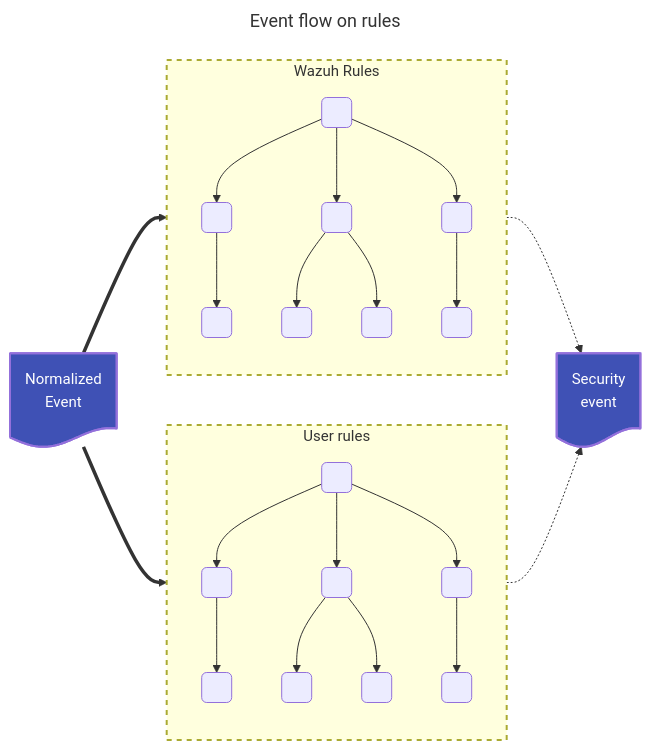
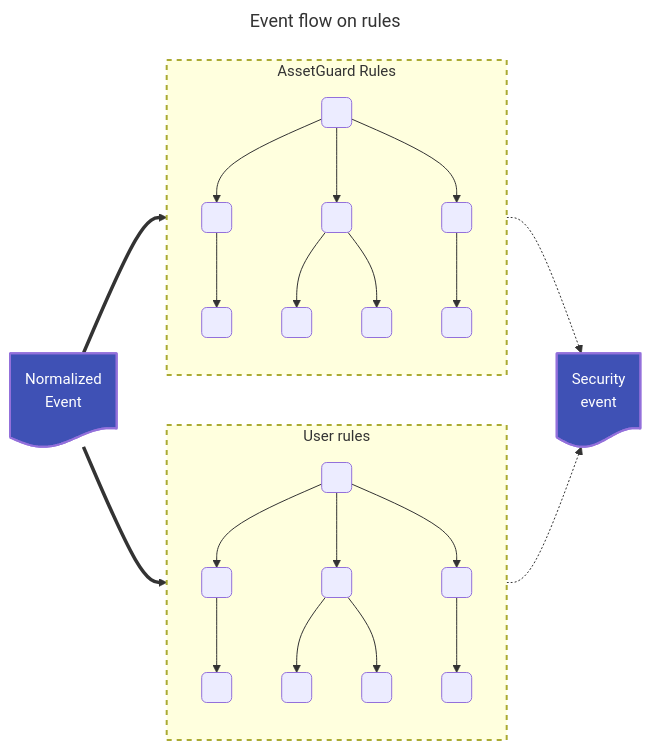
Before and after one commit to Ghostofpotato/AssetGuard: the seventh of 15 diagrams in docs/ref/modules/engine/README.md, drawn with Mermaid. The commit also changed other lines of this file and 4032 other files, not shown here.

First line of the commit message:
Rebrand: replace all Wazuh references with AssetGuard

````diff
--- a/docs/ref/modules/engine/README.md
+++ b/docs/ref/modules/engine/README.md
@@ -444,55 +444,55 @@
 ```mermaid
 ---
 title: Event flow on rules
 ---
 flowchart LR
 
 classDef EventBoxClass font-size: 15px,stroke-width:2px, color:#fff, fill:#3f51b5
 classDef TreeBoxClass font-size: 15px,stroke-width:2px,stroke-dasharray: 5 5
 
- subgraph wazuhRulesTree["Wazuh Rules"]
+ subgraph assetguardRulesTree["AssetGuard Rules"]
   direction TB
 
-  wazuhRules01(" ")
-  wazuhRules02(" ")
-  wazuhRules03(" ")
-  wazuhRules04(" ")
-  wazuhRules05(" ")
-  wazuhRules06(" ")
-  wazuhRules07(" ")
-  wazuhRules08(" ")
+  assetguardRules01(" ")
+  assetguardRules02(" ")
+  assetguardRules03(" ")
+  assetguardRules04(" ")
+  assetguardRules05(" ")
+  assetguardRules06(" ")
+  assetguardRules07(" ")
+  assetguardRules08(" ")
 
-  wazuhRules01 --> wazuhRules02 & wazuhRules03 & wazuhRules04
-  wazuhRules02 --> wazuhRules05
-  wazuhRules03 --> wazuhRules06 & wazuhRules07
-  wazuhRules04 --> wazuhRules08
+  assetguardRules01 --> assetguardRules02 & assetguardRules03 & assetguardRules04
+  assetguardRules02 --> assetguardRules05
+  assetguardRules03 --> assetguardRules06 & assetguardRules07
+  assetguardRules04 --> assetguardRules08
  end
 
  subgraph userRulesTree["User rules"]
   direction TB
 
   userRules01(" ")
   userRules02(" ")
   userRules03(" ")
   userRules04(" ")
   userRules05(" ")
   userRules06(" ")
   userRules07(" ")
   userRules08(" ")
 
   userRules01 --> userRules02 & userRules03 & userRules04
   userRules02 --> userRules05
   userRules03 --> userRules06 & userRules07
   userRules04 --> userRules08
 
  end
 
- wazuhRulesTree:::TreeBoxClass
+ assetguardRulesTree:::TreeBoxClass
  userRulesTree:::TreeBoxClass
  eventInput:::EventBoxClass
  eventOutput:::EventBoxClass
 
  %% Pipeline
- eventInput@{shape: doc, label: "Normalized</br>Event"}==>wazuhRulesTree & userRulesTree-.->eventOutput@{shape: doc, label: "Security</br>event"}
+ eventInput@{shape: doc, label: "Normalized</br>Event"}==>assetguardRulesTree & userRulesTree-.->eventOutput@{shape: doc, label: "Security</br>event"}
 
 ```
````
